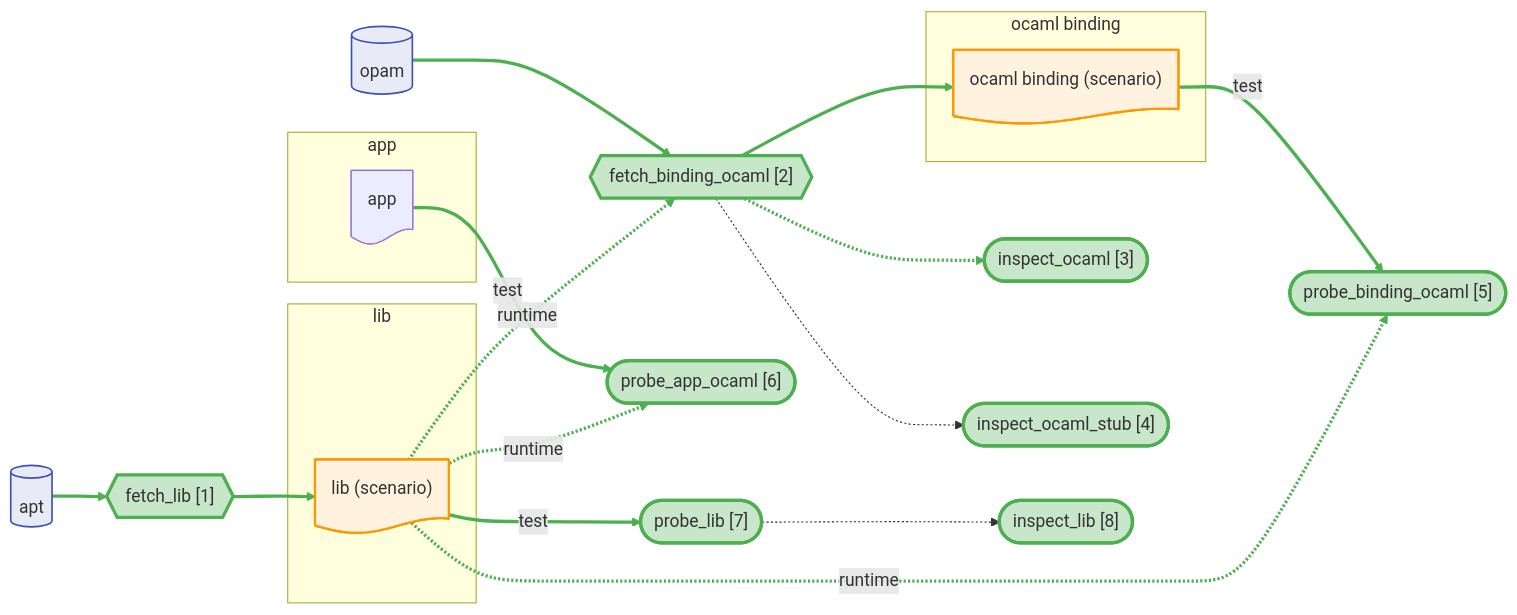
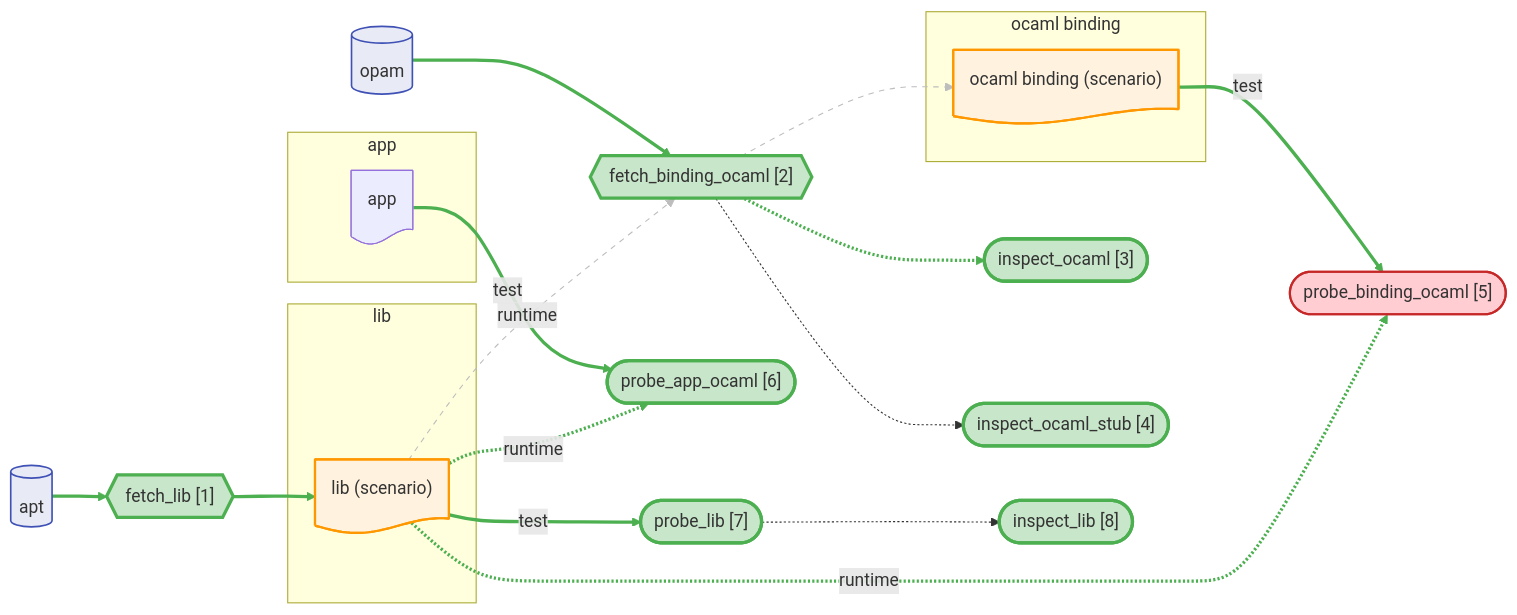
Before and after one commit to JHU-PL-Lab/tola: the diagram in docs/canary/projects/ssl/-run/diagrams/full.mmd, drawn with Mermaid. The commit also changed 26 other files, not shown here.

```diff
--- a/docs/canary/projects/ssl/-run/diagrams/full.mmd
+++ b/docs/canary/projects/ssl/-run/diagrams/full.mmd
@@ -1,66 +1,66 @@
 %% view: full
 graph LR
     subgraph lib_sg ["lib"]
       lib_node@{ shape: doc, label: "lib (scenario)" }
     end
     subgraph ocaml_binding_sg ["ocaml binding"]
       ocaml_binding_node@{ shape: doc, label: "ocaml binding (scenario)" }
     end
     subgraph app_sg ["app"]
       app_node@{ shape: doc, label: "app" }
     end
 
     apt_store@{ shape: cyl, label: "apt" }
     opam_store@{ shape: cyl, label: "opam" }
 
     A_fetch_lib{{"fetch_lib [1]"}}
     A_fetch_binding_ocaml{{"fetch_binding_ocaml [2]"}}
     A_fetch_binding_ocaml_inspect(["inspect_ocaml [3]"])
     A_fetch_binding_ocaml_stub_inspect(["inspect_ocaml_stub [4]"])
     A_probe_binding_ocaml(["probe_binding_ocaml [5]"])
     A_probe_app_ocaml(["probe_app_ocaml [6]"])
     A_probe_lib(["probe_lib [7]"])
     A_probe_lib_inspect(["inspect_lib [8]"])
 
     apt_store --> A_fetch_lib --> lib_node
     lib_node -->|test| A_probe_lib
     opam_store --> A_fetch_binding_ocaml --> ocaml_binding_node
     lib_node -.->|runtime| A_fetch_binding_ocaml
     ocaml_binding_node -->|test| A_probe_binding_ocaml
     lib_node -.->|runtime| A_probe_binding_ocaml
     app_node -->|test| A_probe_app_ocaml
     lib_node -.->|runtime| A_probe_app_ocaml
     A_fetch_binding_ocaml -.-> A_fetch_binding_ocaml_inspect
     A_fetch_binding_ocaml -.-> A_fetch_binding_ocaml_stub_inspect
     A_probe_lib -.-> A_probe_lib_inspect
 
     classDef artifact fill:#fff3e0,stroke:#ff9800,stroke-width:2px
     classDef store fill:#e8eaf6,stroke:#3f51b5,stroke-width:1.5px
     classDef st_done fill:#c8e6c9,stroke:#4caf50,stroke-width:3px
     classDef st_done_ctx fill:#e8f5e9,stroke:#a5d6a7,stroke-width:1.5px
     classDef st_expected_fail fill:#fff9c4,stroke:#f9a825,stroke-width:2px
     classDef st_failed fill:#ffcdd2,stroke:#c62828,stroke-width:2px
     classDef st_skipped fill:#f5f5f5,stroke:#9e9e9e,stroke-dasharray:5
     classDef st_nospec fill:#fafafa,stroke:#bdbdbd,stroke-dasharray:5
     class lib_node,ocaml_binding_node artifact
     class apt_store store
     class opam_store store
     class A_fetch_lib st_done
     class A_fetch_binding_ocaml st_done
     class A_fetch_binding_ocaml_inspect st_done
     class A_fetch_binding_ocaml_stub_inspect st_done
-    class A_probe_binding_ocaml st_done
+    class A_probe_binding_ocaml st_failed
     class A_probe_app_ocaml st_done
     class A_probe_lib st_done
     class A_probe_lib_inspect st_done
     linkStyle 0 stroke:#4caf50,stroke-width:3px
     linkStyle 1 stroke:#4caf50,stroke-width:3px
     linkStyle 2 stroke:#4caf50,stroke-width:3px
     linkStyle 3 stroke:#4caf50,stroke-width:3px
-    linkStyle 4 stroke:#4caf50,stroke-width:3px
-    linkStyle 5 stroke:#4caf50,stroke-width:3px
+    linkStyle 4 stroke:#bdbdbd,stroke-width:1px,stroke-dasharray:5
+    linkStyle 5 stroke:#bdbdbd,stroke-width:1px,stroke-dasharray:5
     linkStyle 6 stroke:#4caf50,stroke-width:3px
     linkStyle 7 stroke:#4caf50,stroke-width:3px
     linkStyle 8 stroke:#4caf50,stroke-width:3px
     linkStyle 9 stroke:#4caf50,stroke-width:3px
     linkStyle 10 stroke:#4caf50,stroke-width:3px
```
